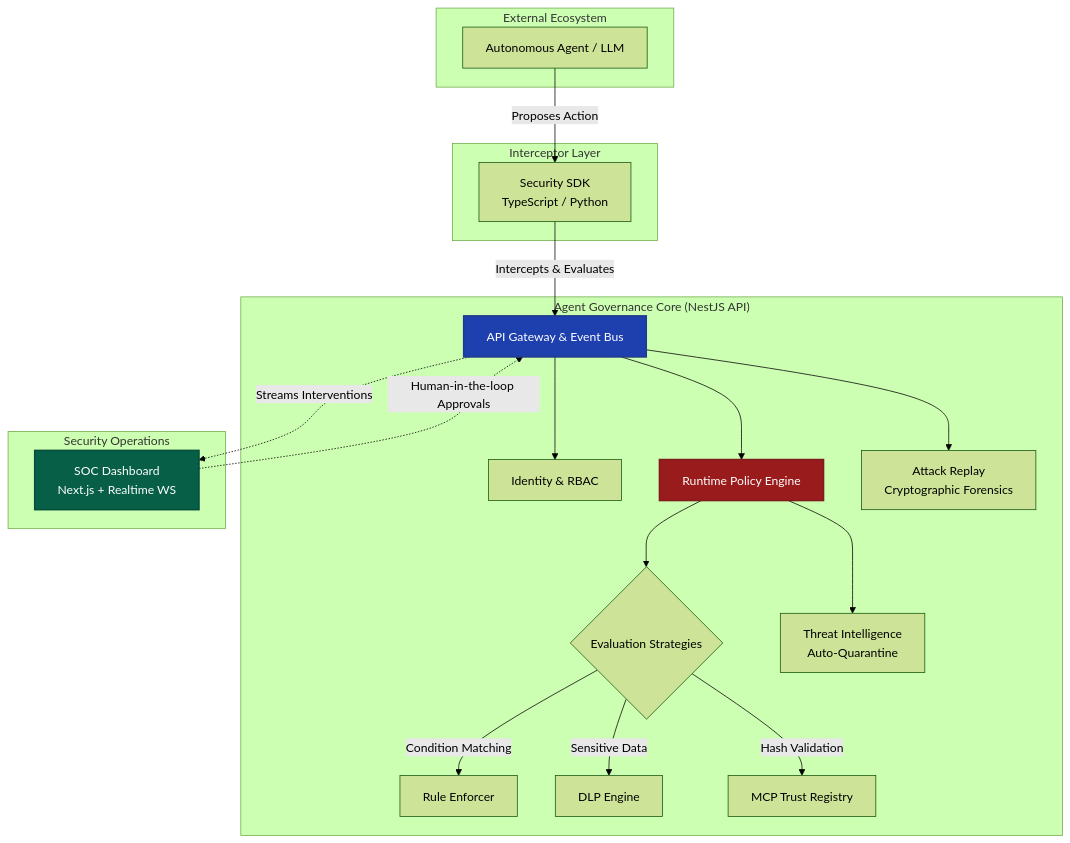
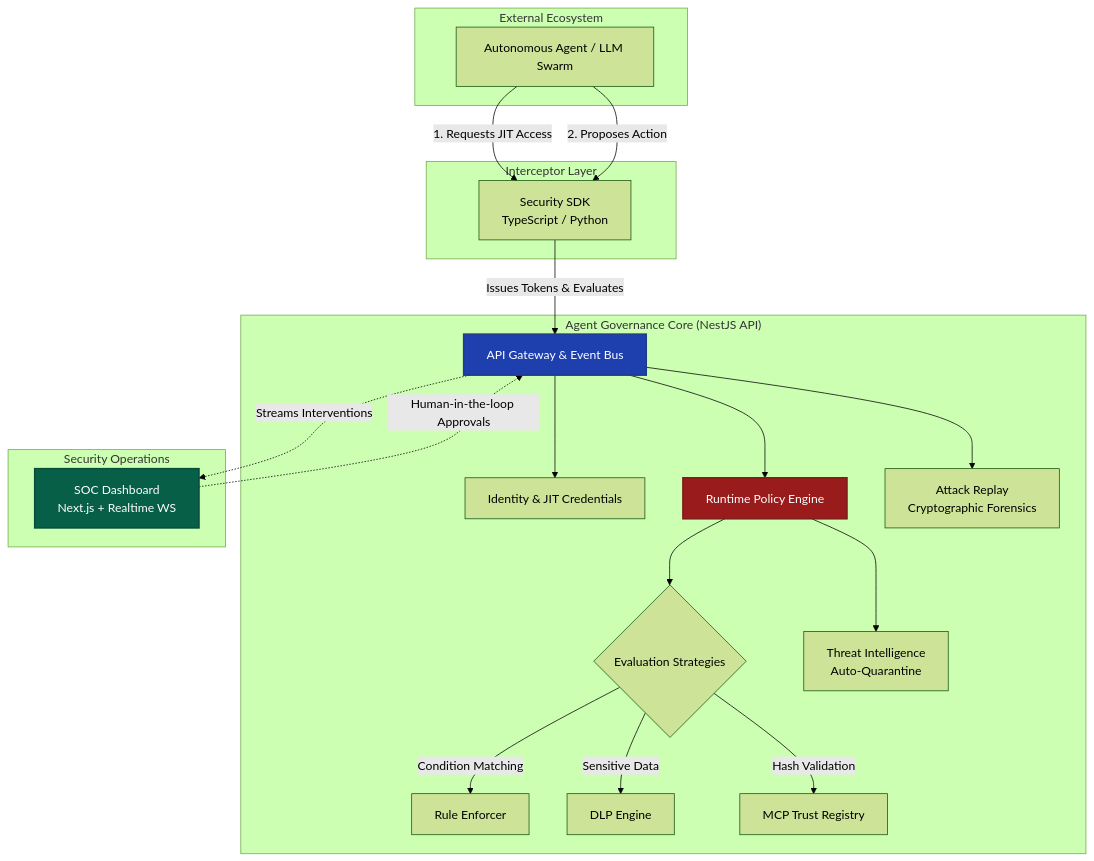
One commit to MARKASCHARAN/Agent-Runtime-Platform changed the diagram in README.md. Above: the diagram before and after it, drawn with Mermaid (forest theme). The commit also changed other lines of this file and 12 other files, not shown here.

Commit message:
docs(core): add enterprise architecture docs, governance, and bsl licensing

````diff
--- a/README.md
+++ b/README.md
@@ -14,39 +16,40 @@
 ```mermaid
 graph TD
     subgraph "External Ecosystem"
-        A[Autonomous Agent / LLM]
+        A[Autonomous Agent / LLM Swarm]
     end
 
     subgraph "Interceptor Layer"
         B[Security SDK <br/> TypeScript / Python]
     end
 
     subgraph "Agent Governance Core (NestJS API)"
         C[API Gateway & Event Bus]
         
-        C --> D[Identity & RBAC]
+        C --> D[Identity & JIT Credentials]
         C --> E[Runtime Policy Engine]
         
         E --> F{Evaluation Strategies}
         F -->|Condition Matching| G[Rule Enforcer]
         F -->|Sensitive Data| H[DLP Engine]
         F -->|Hash Validation| I[MCP Trust Registry]
         
         E --> J[Threat Intelligence <br/> Auto-Quarantine]
         
         C --> K[Attack Replay <br/> Cryptographic Forensics]
     end
 
     subgraph "Security Operations"
         L[SOC Dashboard <br/> Next.js + Realtime WS]
     end
 
-    A -->|Proposes Action| B
-    B -->|Intercepts & Evaluates| C
+    A -->|1. Requests JIT Access| B
+    A -->|2. Proposes Action| B
+    B -->|Issues Tokens & Evaluates| C
     C -.->|Streams Interventions| L
     L -.->|Human-in-the-loop Approvals| C
     
     style C fill:#1e40af,stroke:#1e3a8a,stroke-width:2px,color:#fff
     style E fill:#991b1b,stroke:#7f1d1d,stroke-width:2px,color:#fff
     style L fill:#065f46,stroke:#064e3b,stroke-width:2px,color:#fff
 ```
````
